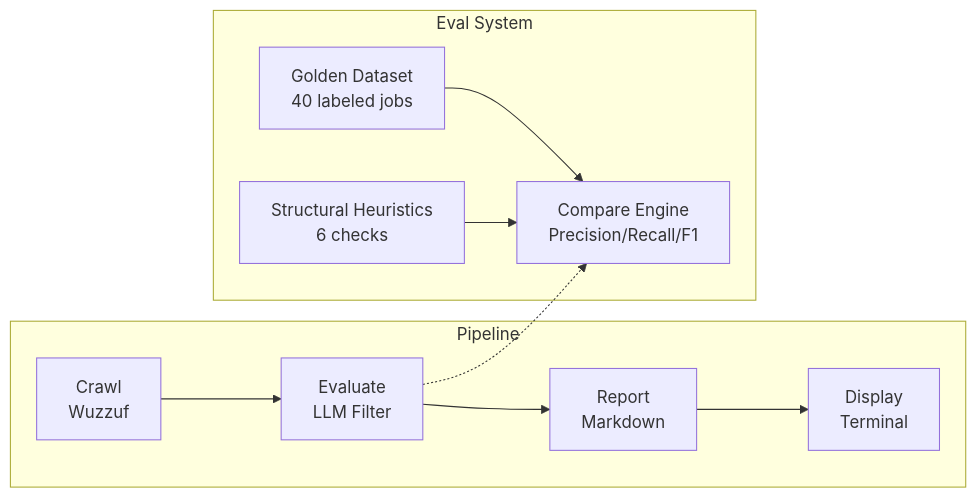
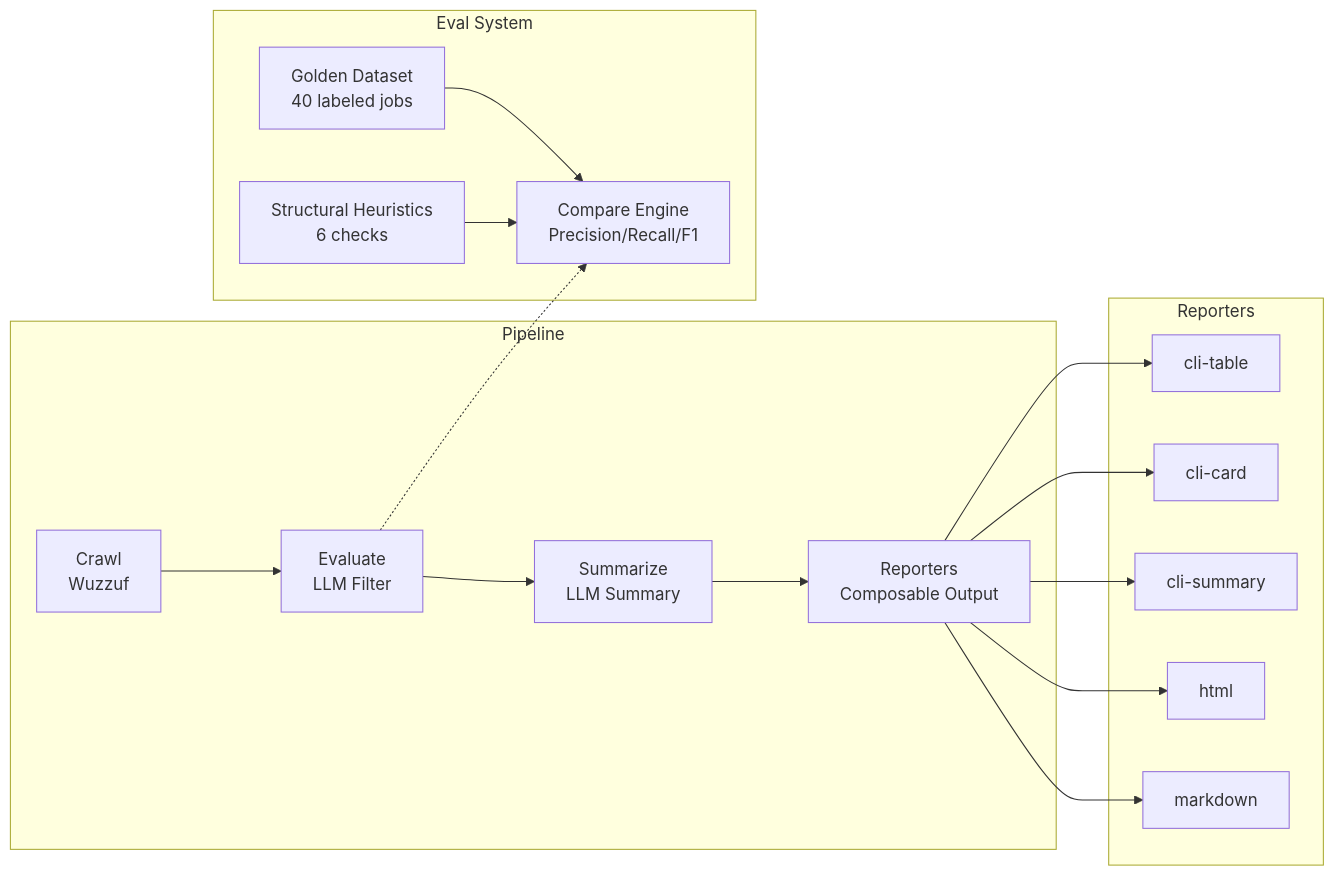
Before and after one commit to nightknighto/AI-powered-job-crawler: the diagram in README.md, drawn with Mermaid. The commit also changed other lines of this file and 24 other files, not shown here.

First line of the commit message:
Add composable reporter system with 5 output formats

````diff
--- a/README.md
+++ b/README.md
@@ -21,15 +21,29 @@
 ```mermaid
 flowchart LR
   subgraph Pipeline
     A[Crawl<br/>Wuzzuf] --> B[Evaluate<br/>LLM Filter]
-    B --> C[Report<br/>Markdown]
-    C --> D[Display<br/>Terminal]
+    B --> C[Summarize<br/>LLM Summary]
+    C --> D[Reporters<br/>Composable Output]
   end
 
   subgraph Eval System
     E[Golden Dataset<br/>40 labeled jobs] --> F[Compare Engine<br/>Precision/Recall/F1]
     G[Structural Heuristics<br/>6 checks] --> F
   end
 
   B -.-> F
+
+  subgraph Reporters
+    D1[cli-table] 
+    D2[cli-card]
+    D3[cli-summary]
+    D4[html]
+    D5[markdown]
+  end
+
+  D --> D1
+  D --> D2
+  D --> D3
+  D --> D4
+  D --> D5
 ```
````
